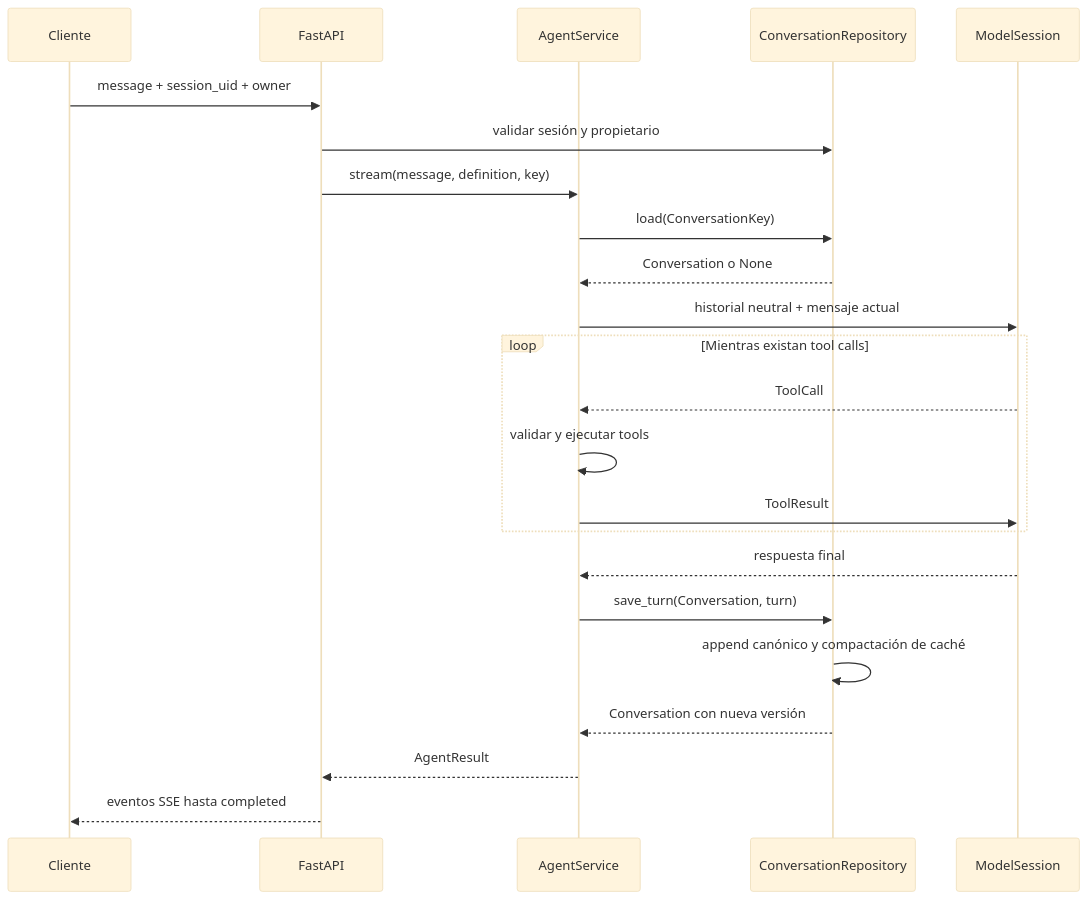
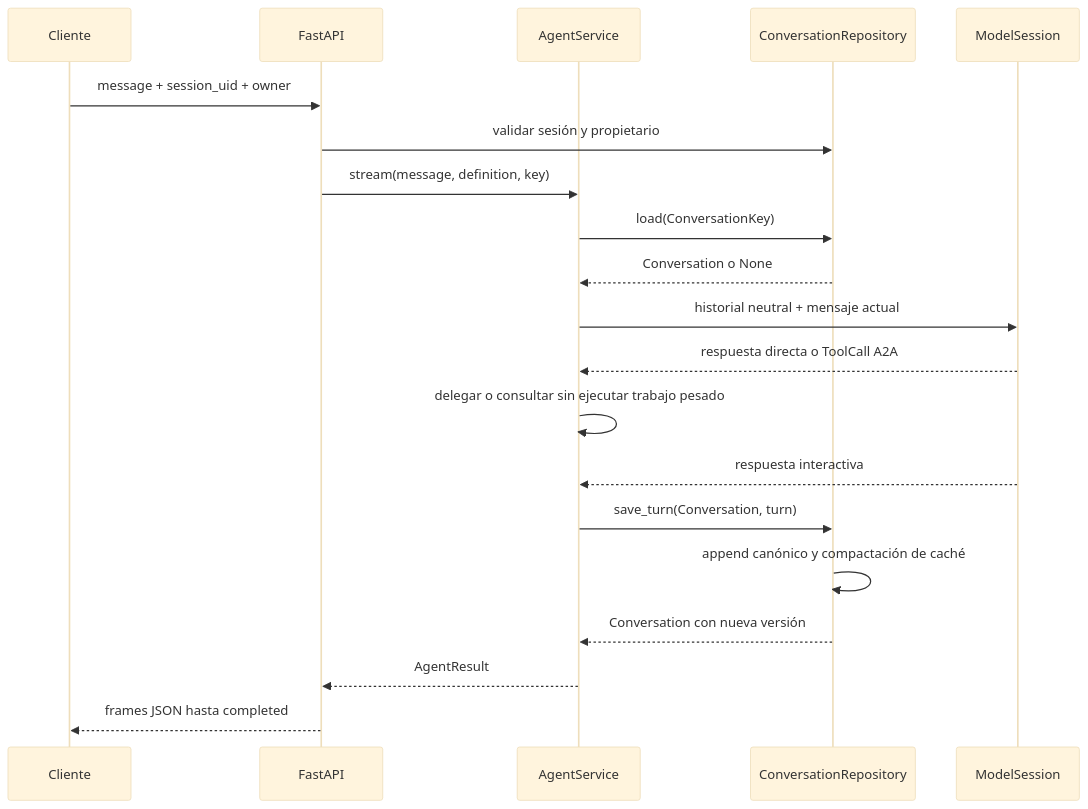
The second of 2 diagrams in README.md (SergioReyesM24/TesseraFlow), drawn with Mermaid (base theme) before and after one commit. The commit also changed other lines of this file and 24 other files, not shown here.

````diff
--- a/README.md
+++ b/README.md
@@ -176,26 +234,23 @@
 ```mermaid
 sequenceDiagram
     participant C as Cliente
     participant A as FastAPI
     participant S as AgentService
     participant R as ConversationRepository
     participant M as ModelSession
 
     C->>A: message + session_uid + owner
     A->>R: validar sesión y propietario
     A->>S: stream(message, definition, key)
     S->>R: load(ConversationKey)
     R-->>S: Conversation o None
     S->>M: historial neutral + mensaje actual
-    loop Mientras existan tool calls
-        M-->>S: ToolCall
-        S->>S: validar y ejecutar tools
-        S->>M: ToolResult
-    end
-    M-->>S: respuesta final
+    M-->>S: respuesta directa o ToolCall A2A
+    S->>S: delegar o consultar sin ejecutar trabajo pesado
+    M-->>S: respuesta interactiva
     S->>R: save_turn(Conversation, turn)
     R->>R: append canónico y compactación de caché
     R-->>S: Conversation con nueva versión
     S-->>A: AgentResult
-    A-->>C: eventos SSE hasta completed
+    A-->>C: frames JSON hasta completed
 ```
````
